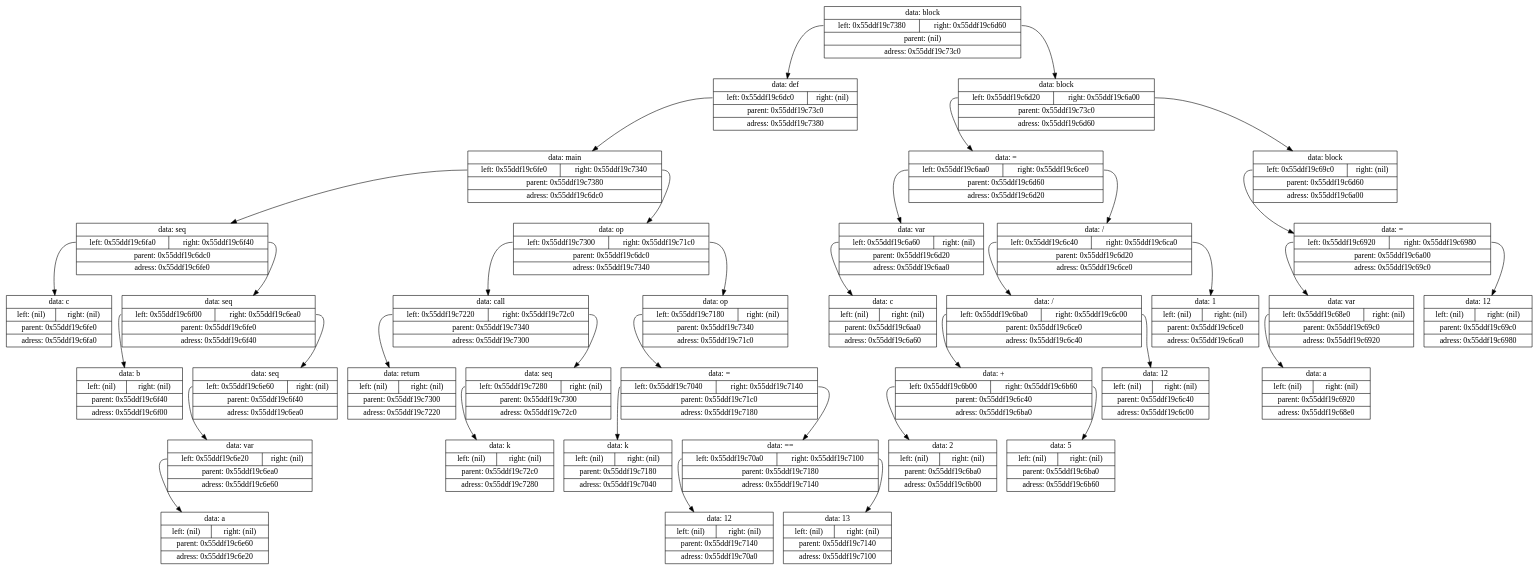
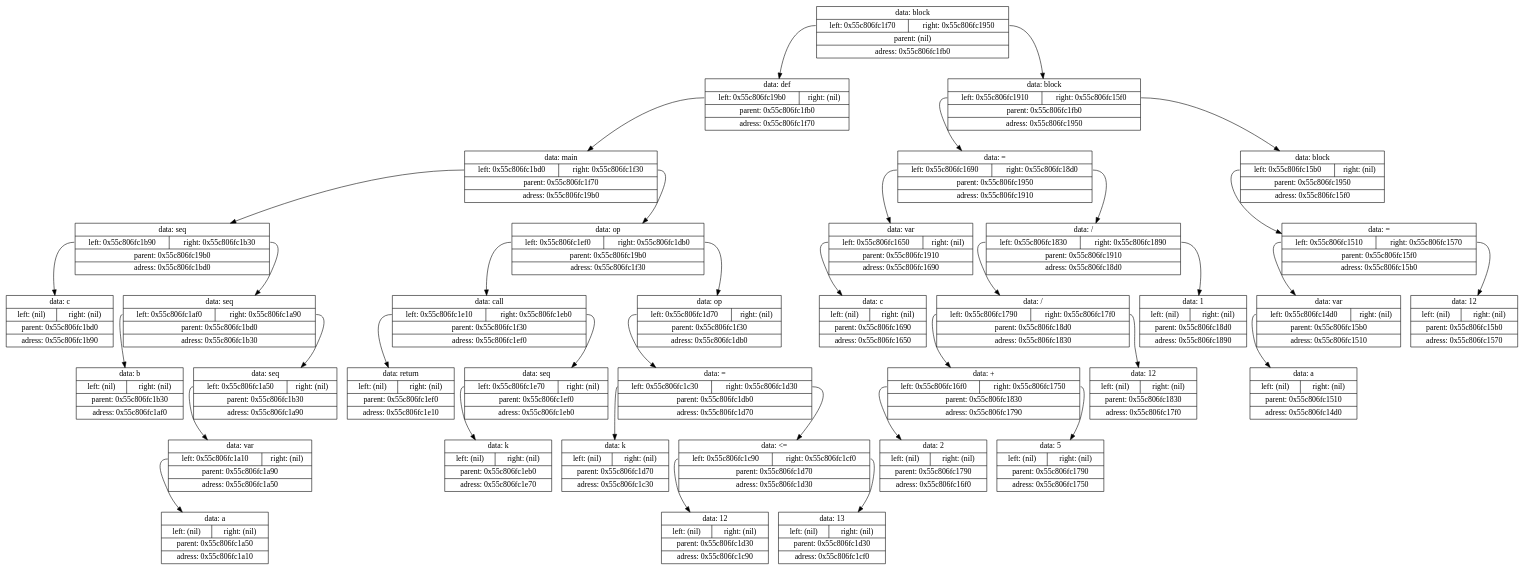
One commit to Shishqa/MIPT_1sem_C_lang changed the diagram in Projects/9.Translator/log/tmp/tempautogeneratedlog.gv. Above: the diagram before and after it, drawn with Graphviz. The commit also changed 6 other files, not shown here.

```diff
--- a/Projects/9.Translator/log/tmp/tempautogeneratedlog.gv
+++ b/Projects/9.Translator/log/tmp/tempautogeneratedlog.gv
@@ -1,77 +1,77 @@
 digraph dump
 {
-	node0x55ddf19c73c0 [shape = "record", label = "{<f1>data: block|{<f2>left: 0x55ddf19c7380|<f3>right: 0x55ddf19c6d60}|<f4>parent: (nil)|<f5>adress: 0x55ddf19c73c0}"];
-	node0x55ddf19c7380 [shape = "record", label = "{<f1>data: def|{<f2>left: 0x55ddf19c6dc0|<f3>right: (nil)}|<f4>parent: 0x55ddf19c73c0|<f5>adress: 0x55ddf19c7380}"];
-	node0x55ddf19c6dc0 [shape = "record", label = "{<f1>data: main|{<f2>left: 0x55ddf19c6fe0|<f3>right: 0x55ddf19c7340}|<f4>parent: 0x55ddf19c7380|<f5>adress: 0x55ddf19c6dc0}"];
-	node0x55ddf19c6fe0 [shape = "record", label = "{<f1>data: seq|{<f2>left: 0x55ddf19c6fa0|<f3>right: 0x55ddf19c6f40}|<f4>parent: 0x55ddf19c6dc0|<f5>adress: 0x55ddf19c6fe0}"];
-	node0x55ddf19c6fa0 [shape = "record", label = "{<f1>data: c|{<f2>left: (nil)|<f3>right: (nil)}|<f4>parent: 0x55ddf19c6fe0|<f5>adress: 0x55ddf19c6fa0}"];
-	node0x55ddf19c6fe0:f2 -> node0x55ddf19c6fa0
-	node0x55ddf19c6f40 [shape = "record", label = "{<f1>data: seq|{<f2>left: 0x55ddf19c6f00|<f3>right: 0x55ddf19c6ea0}|<f4>parent: 0x55ddf19c6fe0|<f5>adress: 0x55ddf19c6f40}"];
-	node0x55ddf19c6f00 [shape = "record", label = "{<f1>data: b|{<f2>left: (nil)|<f3>right: (nil)}|<f4>parent: 0x55ddf19c6f40|<f5>adress: 0x55ddf19c6f00}"];
-	node0x55ddf19c6f40:f2 -> node0x55ddf19c6f00
-	node0x55ddf19c6ea0 [shape = "record", label = "{<f1>data: seq|{<f2>left: 0x55ddf19c6e60|<f3>right: (nil)}|<f4>parent: 0x55ddf19c6f40|<f5>adress: 0x55ddf19c6ea0}"];
-	node0x55ddf19c6e60 [shape = "record", label = "{<f1>data: var|{<f2>left: 0x55ddf19c6e20|<f3>right: (nil)}|<f4>parent: 0x55ddf19c6ea0|<f5>adress: 0x55ddf19c6e60}"];
-	node0x55ddf19c6e20 [shape = "record", label = "{<f1>data: a|{<f2>left: (nil)|<f3>right: (nil)}|<f4>parent: 0x55ddf19c6e60|<f5>adress: 0x55ddf19c6e20}"];
-	node0x55ddf19c6e60:f2 -> node0x55ddf19c6e20
-	node0x55ddf19c6ea0:f2 -> node0x55ddf19c6e60
-	node0x55ddf19c6f40:f3 -> node0x55ddf19c6ea0
-	node0x55ddf19c6fe0:f3 -> node0x55ddf19c6f40
-	node0x55ddf19c6dc0:f2 -> node0x55ddf19c6fe0
-	node0x55ddf19c7340 [shape = "record", label = "{<f1>data: op|{<f2>left: 0x55ddf19c7300|<f3>right: 0x55ddf19c71c0}|<f4>parent: 0x55ddf19c6dc0|<f5>adress: 0x55ddf19c7340}"];
-	node0x55ddf19c7300 [shape = "record", label = "{<f1>data: call|{<f2>left: 0x55ddf19c7220|<f3>right: 0x55ddf19c72c0}|<f4>parent: 0x55ddf19c7340|<f5>adress: 0x55ddf19c7300}"];
-	node0x55ddf19c7220 [shape = "record", label = "{<f1>data: return|{<f2>left: (nil)|<f3>right: (nil)}|<f4>parent: 0x55ddf19c7300|<f5>adress: 0x55ddf19c7220}"];
-	node0x55ddf19c7300:f2 -> node0x55ddf19c7220
-	node0x55ddf19c72c0 [shape = "record", label = "{<f1>data: seq|{<f2>left: 0x55ddf19c7280|<f3>right: (nil)}|<f4>parent: 0x55ddf19c7300|<f5>adress: 0x55ddf19c72c0}"];
-	node0x55ddf19c7280 [shape = "record", label = "{<f1>data: k|{<f2>left: (nil)|<f3>right: (nil)}|<f4>parent: 0x55ddf19c72c0|<f5>adress: 0x55ddf19c7280}"];
-	node0x55ddf19c72c0:f2 -> node0x55ddf19c7280
-	node0x55ddf19c7300:f3 -> node0x55ddf19c72c0
-	node0x55ddf19c7340:f2 -> node0x55ddf19c7300
-	node0x55ddf19c71c0 [shape = "record", label = "{<f1>data: op|{<f2>left: 0x55ddf19c7180|<f3>right: (nil)}|<f4>parent: 0x55ddf19c7340|<f5>adress: 0x55ddf19c71c0}"];
-	node0x55ddf19c7180 [shape = "record", label = "{<f1>data: =|{<f2>left: 0x55ddf19c7040|<f3>right: 0x55ddf19c7140}|<f4>parent: 0x55ddf19c71c0|<f5>adress: 0x55ddf19c7180}"];
-	node0x55ddf19c7040 [shape = "record", label = "{<f1>data: k|{<f2>left: (nil)|<f3>right: (nil)}|<f4>parent: 0x55ddf19c7180|<f5>adress: 0x55ddf19c7040}"];
-	node0x55ddf19c7180:f2 -> node0x55ddf19c7040
-	node0x55ddf19c7140 [shape = "record", label = "{<f1>data: ==|{<f2>left: 0x55ddf19c70a0|<f3>right: 0x55ddf19c7100}|<f4>parent: 0x55ddf19c7180|<f5>adress: 0x55ddf19c7140}"];
-	node0x55ddf19c70a0 [shape = "record", label = "{<f1>data: 12|{<f2>left: (nil)|<f3>right: (nil)}|<f4>parent: 0x55ddf19c7140|<f5>adress: 0x55ddf19c70a0}"];
-	node0x55ddf19c7140:f2 -> node0x55ddf19c70a0
-	node0x55ddf19c7100 [shape = "record", label = "{<f1>data: 13|{<f2>left: (nil)|<f3>right: (nil)}|<f4>parent: 0x55ddf19c7140|<f5>adress: 0x55ddf19c7100}"];
-	node0x55ddf19c7140:f3 -> node0x55ddf19c7100
-	node0x55ddf19c7180:f3 -> node0x55ddf19c7140
-	node0x55ddf19c71c0:f2 -> node0x55ddf19c7180
-	node0x55ddf19c7340:f3 -> node0x55ddf19c71c0
-	node0x55ddf19c6dc0:f3 -> node0x55ddf19c7340
-	node0x55ddf19c7380:f2 -> node0x55ddf19c6dc0
-	node0x55ddf19c73c0:f2 -> node0x55ddf19c7380
-	node0x55ddf19c6d60 [shape = "record", label = "{<f1>data: block|{<f2>left: 0x55ddf19c6d20|<f3>right: 0x55ddf19c6a00}|<f4>parent: 0x55ddf19c73c0|<f5>adress: 0x55ddf19c6d60}"];
-	node0x55ddf19c6d20 [shape = "record", label = "{<f1>data: =|{<f2>left: 0x55ddf19c6aa0|<f3>right: 0x55ddf19c6ce0}|<f4>parent: 0x55ddf19c6d60|<f5>adress: 0x55ddf19c6d20}"];
-	node0x55ddf19c6aa0 [shape = "record", label = "{<f1>data: var|{<f2>left: 0x55ddf19c6a60|<f3>right: (nil)}|<f4>parent: 0x55ddf19c6d20|<f5>adress: 0x55ddf19c6aa0}"];
-	node0x55ddf19c6a60 [shape = "record", label = "{<f1>data: c|{<f2>left: (nil)|<f3>right: (nil)}|<f4>parent: 0x55ddf19c6aa0|<f5>adress: 0x55ddf19c6a60}"];
-	node0x55ddf19c6aa0:f2 -> node0x55ddf19c6a60
-	node0x55ddf19c6d20:f2 -> node0x55ddf19c6aa0
-	node0x55ddf19c6ce0 [shape = "record", label = "{<f1>data: /|{<f2>left: 0x55ddf19c6c40|<f3>right: 0x55ddf19c6ca0}|<f4>parent: 0x55ddf19c6d20|<f5>adress: 0x55ddf19c6ce0}"];
-	node0x55ddf19c6c40 [shape = "record", label = "{<f1>data: /|{<f2>left: 0x55ddf19c6ba0|<f3>right: 0x55ddf19c6c00}|<f4>parent: 0x55ddf19c6ce0|<f5>adress: 0x55ddf19c6c40}"];
-	node0x55ddf19c6ba0 [shape = "record", label = "{<f1>data: +|{<f2>left: 0x55ddf19c6b00|<f3>right: 0x55ddf19c6b60}|<f4>parent: 0x55ddf19c6c40|<f5>adress: 0x55ddf19c6ba0}"];
-	node0x55ddf19c6b00 [shape = "record", label = "{<f1>data: 2|{<f2>left: (nil)|<f3>right: (nil)}|<f4>parent: 0x55ddf19c6ba0|<f5>adress: 0x55ddf19c6b00}"];
-	node0x55ddf19c6ba0:f2 -> node0x55ddf19c6b00
-	node0x55ddf19c6b60 [shape = "record", label = "{<f1>data: 5|{<f2>left: (nil)|<f3>right: (nil)}|<f4>parent: 0x55ddf19c6ba0|<f5>adress: 0x55ddf19c6b60}"];
-	node0x55ddf19c6ba0:f3 -> node0x55ddf19c6b60
-	node0x55ddf19c6c40:f2 -> node0x55ddf19c6ba0
-	node0x55ddf19c6c00 [shape = "record", label = "{<f1>data: 12|{<f2>left: (nil)|<f3>right: (nil)}|<f4>parent: 0x55ddf19c6c40|<f5>adress: 0x55ddf19c6c00}"];
-	node0x55ddf19c6c40:f3 -> node0x55ddf19c6c00
-	node0x55ddf19c6ce0:f2 -> node0x55ddf19c6c40
-	node0x55ddf19c6ca0 [shape = "record", label = "{<f1>data: 1|{<f2>left: (nil)|<f3>right: (nil)}|<f4>parent: 0x55ddf19c6ce0|<f5>adress: 0x55ddf19c6ca0}"];
-	node0x55ddf19c6ce0:f3 -> node0x55ddf19c6ca0
-	node0x55ddf19c6d20:f3 -> node0x55ddf19c6ce0
-	node0x55ddf19c6d60:f2 -> node0x55ddf19c6d20
-	node0x55ddf19c6a00 [shape = "record", label = "{<f1>data: block|{<f2>left: 0x55ddf19c69c0|<f3>right: (nil)}|<f4>parent: 0x55ddf19c6d60|<f5>adress: 0x55ddf19c6a00}"];
-	node0x55ddf19c69c0 [shape = "record", label = "{<f1>data: =|{<f2>left: 0x55ddf19c6920|<f3>right: 0x55ddf19c6980}|<f4>parent: 0x55ddf19c6a00|<f5>adress: 0x55ddf19c69c0}"];
-	node0x55ddf19c6920 [shape = "record", label = "{<f1>data: var|{<f2>left: 0x55ddf19c68e0|<f3>right: (nil)}|<f4>parent: 0x55ddf19c69c0|<f5>adress: 0x55ddf19c6920}"];
-	node0x55ddf19c68e0 [shape = "record", label = "{<f1>data: a|{<f2>left: (nil)|<f3>right: (nil)}|<f4>parent: 0x55ddf19c6920|<f5>adress: 0x55ddf19c68e0}"];
-	node0x55ddf19c6920:f2 -> node0x55ddf19c68e0
-	node0x55ddf19c69c0:f2 -> node0x55ddf19c6920
-	node0x55ddf19c6980 [shape = "record", label = "{<f1>data: 12|{<f2>left: (nil)|<f3>right: (nil)}|<f4>parent: 0x55ddf19c69c0|<f5>adress: 0x55ddf19c6980}"];
-	node0x55ddf19c69c0:f3 -> node0x55ddf19c6980
-	node0x55ddf19c6a00:f2 -> node0x55ddf19c69c0
-	node0x55ddf19c6d60:f3 -> node0x55ddf19c6a00
-	node0x55ddf19c73c0:f3 -> node0x55ddf19c6d60
+	node0x55c806fc1fb0 [shape = "record", label = "{<f1>data: block|{<f2>left: 0x55c806fc1f70|<f3>right: 0x55c806fc1950}|<f4>parent: (nil)|<f5>adress: 0x55c806fc1fb0}"];
+	node0x55c806fc1f70 [shape = "record", label = "{<f1>data: def|{<f2>left: 0x55c806fc19b0|<f3>right: (nil)}|<f4>parent: 0x55c806fc1fb0|<f5>adress: 0x55c806fc1f70}"];
+	node0x55c806fc19b0 [shape = "record", label = "{<f1>data: main|{<f2>left: 0x55c806fc1bd0|<f3>right: 0x55c806fc1f30}|<f4>parent: 0x55c806fc1f70|<f5>adress: 0x55c806fc19b0}"];
+	node0x55c806fc1bd0 [shape = "record", label = "{<f1>data: seq|{<f2>left: 0x55c806fc1b90|<f3>right: 0x55c806fc1b30}|<f4>parent: 0x55c806fc19b0|<f5>adress: 0x55c806fc1bd0}"];
+	node0x55c806fc1b90 [shape = "record", label = "{<f1>data: c|{<f2>left: (nil)|<f3>right: (nil)}|<f4>parent: 0x55c806fc1bd0|<f5>adress: 0x55c806fc1b90}"];
+	node0x55c806fc1bd0:f2 -> node0x55c806fc1b90
+	node0x55c806fc1b30 [shape = "record", label = "{<f1>data: seq|{<f2>left: 0x55c806fc1af0|<f3>right: 0x55c806fc1a90}|<f4>parent: 0x55c806fc1bd0|<f5>adress: 0x55c806fc1b30}"];
+	node0x55c806fc1af0 [shape = "record", label = "{<f1>data: b|{<f2>left: (nil)|<f3>right: (nil)}|<f4>parent: 0x55c806fc1b30|<f5>adress: 0x55c806fc1af0}"];
+	node0x55c806fc1b30:f2 -> node0x55c806fc1af0
+	node0x55c806fc1a90 [shape = "record", label = "{<f1>data: seq|{<f2>left: 0x55c806fc1a50|<f3>right: (nil)}|<f4>parent: 0x55c806fc1b30|<f5>adress: 0x55c806fc1a90}"];
+	node0x55c806fc1a50 [shape = "record", label = "{<f1>data: var|{<f2>left: 0x55c806fc1a10|<f3>right: (nil)}|<f4>parent: 0x55c806fc1a90|<f5>adress: 0x55c806fc1a50}"];
+	node0x55c806fc1a10 [shape = "record", label = "{<f1>data: a|{<f2>left: (nil)|<f3>right: (nil)}|<f4>parent: 0x55c806fc1a50|<f5>adress: 0x55c806fc1a10}"];
+	node0x55c806fc1a50:f2 -> node0x55c806fc1a10
+	node0x55c806fc1a90:f2 -> node0x55c806fc1a50
+	node0x55c806fc1b30:f3 -> node0x55c806fc1a90
+	node0x55c806fc1bd0:f3 -> node0x55c806fc1b30
+	node0x55c806fc19b0:f2 -> node0x55c806fc1bd0
+	node0x55c806fc1f30 [shape = "record", label = "{<f1>data: op|{<f2>left: 0x55c806fc1ef0|<f3>right: 0x55c806fc1db0}|<f4>parent: 0x55c806fc19b0|<f5>adress: 0x55c806fc1f30}"];
+	node0x55c806fc1ef0 [shape = "record", label = "{<f1>data: call|{<f2>left: 0x55c806fc1e10|<f3>right: 0x55c806fc1eb0}|<f4>parent: 0x55c806fc1f30|<f5>adress: 0x55c806fc1ef0}"];
+	node0x55c806fc1e10 [shape = "record", label = "{<f1>data: return|{<f2>left: (nil)|<f3>right: (nil)}|<f4>parent: 0x55c806fc1ef0|<f5>adress: 0x55c806fc1e10}"];
+	node0x55c806fc1ef0:f2 -> node0x55c806fc1e10
+	node0x55c806fc1eb0 [shape = "record", label = "{<f1>data: seq|{<f2>left: 0x55c806fc1e70|<f3>right: (nil)}|<f4>parent: 0x55c806fc1ef0|<f5>adress: 0x55c806fc1eb0}"];
+	node0x55c806fc1e70 [shape = "record", label = "{<f1>data: k|{<f2>left: (nil)|<f3>right: (nil)}|<f4>parent: 0x55c806fc1eb0|<f5>adress: 0x55c806fc1e70}"];
+	node0x55c806fc1eb0:f2 -> node0x55c806fc1e70
+	node0x55c806fc1ef0:f3 -> node0x55c806fc1eb0
+	node0x55c806fc1f30:f2 -> node0x55c806fc1ef0
+	node0x55c806fc1db0 [shape = "record", label = "{<f1>data: op|{<f2>left: 0x55c806fc1d70|<f3>right: (nil)}|<f4>parent: 0x55c806fc1f30|<f5>adress: 0x55c806fc1db0}"];
+	node0x55c806fc1d70 [shape = "record", label = "{<f1>data: =|{<f2>left: 0x55c806fc1c30|<f3>right: 0x55c806fc1d30}|<f4>parent: 0x55c806fc1db0|<f5>adress: 0x55c806fc1d70}"];
+	node0x55c806fc1c30 [shape = "record", label = "{<f1>data: k|{<f2>left: (nil)|<f3>right: (nil)}|<f4>parent: 0x55c806fc1d70|<f5>adress: 0x55c806fc1c30}"];
+	node0x55c806fc1d70:f2 -> node0x55c806fc1c30
+	node0x55c806fc1d30 [shape = "record", label = "{<f1>data: \<=|{<f2>left: 0x55c806fc1c90|<f3>right: 0x55c806fc1cf0}|<f4>parent: 0x55c806fc1d70|<f5>adress: 0x55c806fc1d30}"];
+	node0x55c806fc1c90 [shape = "record", label = "{<f1>data: 12|{<f2>left: (nil)|<f3>right: (nil)}|<f4>parent: 0x55c806fc1d30|<f5>adress: 0x55c806fc1c90}"];
+	node0x55c806fc1d30:f2 -> node0x55c806fc1c90
+	node0x55c806fc1cf0 [shape = "record", label = "{<f1>data: 13|{<f2>left: (nil)|<f3>right: (nil)}|<f4>parent: 0x55c806fc1d30|<f5>adress: 0x55c806fc1cf0}"];
+	node0x55c806fc1d30:f3 -> node0x55c806fc1cf0
+	node0x55c806fc1d70:f3 -> node0x55c806fc1d30
+	node0x55c806fc1db0:f2 -> node0x55c806fc1d70
+	node0x55c806fc1f30:f3 -> node0x55c806fc1db0
+	node0x55c806fc19b0:f3 -> node0x55c806fc1f30
+	node0x55c806fc1f70:f2 -> node0x55c806fc19b0
+	node0x55c806fc1fb0:f2 -> node0x55c806fc1f70
+	node0x55c806fc1950 [shape = "record", label = "{<f1>data: block|{<f2>left: 0x55c806fc1910|<f3>right: 0x55c806fc15f0}|<f4>parent: 0x55c806fc1fb0|<f5>adress: 0x55c806fc1950}"];
+	node0x55c806fc1910 [shape = "record", label = "{<f1>data: =|{<f2>left: 0x55c806fc1690|<f3>right: 0x55c806fc18d0}|<f4>parent: 0x55c806fc1950|<f5>adress: 0x55c806fc1910}"];
+	node0x55c806fc1690 [shape = "record", label = "{<f1>data: var|{<f2>left: 0x55c806fc1650|<f3>right: (nil)}|<f4>parent: 0x55c806fc1910|<f5>adress: 0x55c806fc1690}"];
+	node0x55c806fc1650 [shape = "record", label = "{<f1>data: c|{<f2>left: (nil)|<f3>right: (nil)}|<f4>parent: 0x55c806fc1690|<f5>adress: 0x55c806fc1650}"];
+	node0x55c806fc1690:f2 -> node0x55c806fc1650
+	node0x55c806fc1910:f2 -> node0x55c806fc1690
+	node0x55c806fc18d0 [shape = "record", label = "{<f1>data: /|{<f2>left: 0x55c806fc1830|<f3>right: 0x55c806fc1890}|<f4>parent: 0x55c806fc1910|<f5>adress: 0x55c806fc18d0}"];
+	node0x55c806fc1830 [shape = "record", label = "{<f1>data: /|{<f2>left: 0x55c806fc1790|<f3>right: 0x55c806fc17f0}|<f4>parent: 0x55c806fc18d0|<f5>adress: 0x55c806fc1830}"];
+	node0x55c806fc1790 [shape = "record", label = "{<f1>data: +|{<f2>left: 0x55c806fc16f0|<f3>right: 0x55c806fc1750}|<f4>parent: 0x55c806fc1830|<f5>adress: 0x55c806fc1790}"];
+	node0x55c806fc16f0 [shape = "record", label = "{<f1>data: 2|{<f2>left: (nil)|<f3>right: (nil)}|<f4>parent: 0x55c806fc1790|<f5>adress: 0x55c806fc16f0}"];
+	node0x55c806fc1790:f2 -> node0x55c806fc16f0
+	node0x55c806fc1750 [shape = "record", label = "{<f1>data: 5|{<f2>left: (nil)|<f3>right: (nil)}|<f4>parent: 0x55c806fc1790|<f5>adress: 0x55c806fc1750}"];
+	node0x55c806fc1790:f3 -> node0x55c806fc1750
+	node0x55c806fc1830:f2 -> node0x55c806fc1790
+	node0x55c806fc17f0 [shape = "record", label = "{<f1>data: 12|{<f2>left: (nil)|<f3>right: (nil)}|<f4>parent: 0x55c806fc1830|<f5>adress: 0x55c806fc17f0}"];
+	node0x55c806fc1830:f3 -> node0x55c806fc17f0
+	node0x55c806fc18d0:f2 -> node0x55c806fc1830
+	node0x55c806fc1890 [shape = "record", label = "{<f1>data: 1|{<f2>left: (nil)|<f3>right: (nil)}|<f4>parent: 0x55c806fc18d0|<f5>adress: 0x55c806fc1890}"];
+	node0x55c806fc18d0:f3 -> node0x55c806fc1890
+	node0x55c806fc1910:f3 -> node0x55c806fc18d0
+	node0x55c806fc1950:f2 -> node0x55c806fc1910
+	node0x55c806fc15f0 [shape = "record", label = "{<f1>data: block|{<f2>left: 0x55c806fc15b0|<f3>right: (nil)}|<f4>parent: 0x55c806fc1950|<f5>adress: 0x55c806fc15f0}"];
+	node0x55c806fc15b0 [shape = "record", label = "{<f1>data: =|{<f2>left: 0x55c806fc1510|<f3>right: 0x55c806fc1570}|<f4>parent: 0x55c806fc15f0|<f5>adress: 0x55c806fc15b0}"];
+	node0x55c806fc1510 [shape = "record", label = "{<f1>data: var|{<f2>left: 0x55c806fc14d0|<f3>right: (nil)}|<f4>parent: 0x55c806fc15b0|<f5>adress: 0x55c806fc1510}"];
+	node0x55c806fc14d0 [shape = "record", label = "{<f1>data: a|{<f2>left: (nil)|<f3>right: (nil)}|<f4>parent: 0x55c806fc1510|<f5>adress: 0x55c806fc14d0}"];
+	node0x55c806fc1510:f2 -> node0x55c806fc14d0
+	node0x55c806fc15b0:f2 -> node0x55c806fc1510
+	node0x55c806fc1570 [shape = "record", label = "{<f1>data: 12|{<f2>left: (nil)|<f3>right: (nil)}|<f4>parent: 0x55c806fc15b0|<f5>adress: 0x55c806fc1570}"];
+	node0x55c806fc15b0:f3 -> node0x55c806fc1570
+	node0x55c806fc15f0:f2 -> node0x55c806fc15b0
+	node0x55c806fc1950:f3 -> node0x55c806fc15f0
+	node0x55c806fc1fb0:f3 -> node0x55c806fc1950
 
 }
```
